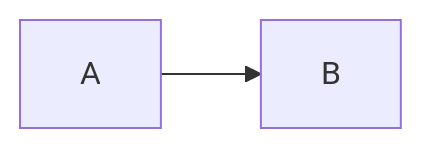
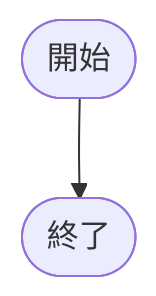
One commit to tpu-game-2023/mermaid_test changed the diagram in mermaid_test.md. Above: the diagram before and after it, drawn with Mermaid. The commit also changed other lines of this file, not shown here.

````diff
--- a/mermaid_test.md
+++ b/mermaid_test.md
@@ -5,4 +6,4 @@
 ```mermaid
-flowchart LR;
-A --> B
+flowchart TD;
+A([開始]) --> B([終了])
 ```
````
